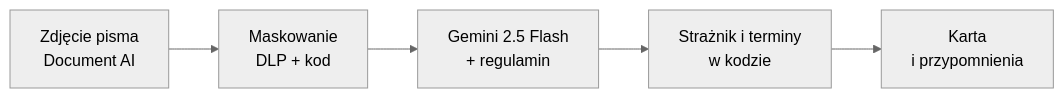
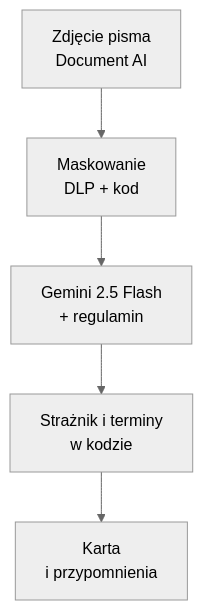
One commit to marekniszczot/domowy-sekretariat changed the diagram in README.md. Above: the diagram before and after it, drawn with Mermaid (neutral theme).

Commit message:
docs: draw the README flow top to bottom, clear of GitHub's diagram controls

````diff
--- a/README.md
+++ b/README.md
@@ -18,7 +18,7 @@
 ```mermaid
-flowchart LR
+flowchart TB
     A[Zdjęcie pisma<br>Document AI] --> B[Maskowanie<br>DLP + kod]
     B --> C[Gemini 2.5 Flash<br>+ regulamin]
     C --> D[Strażnik i terminy<br>w kodzie]
     D --> E[Karta<br>i przypomnienia]
 ```
````
